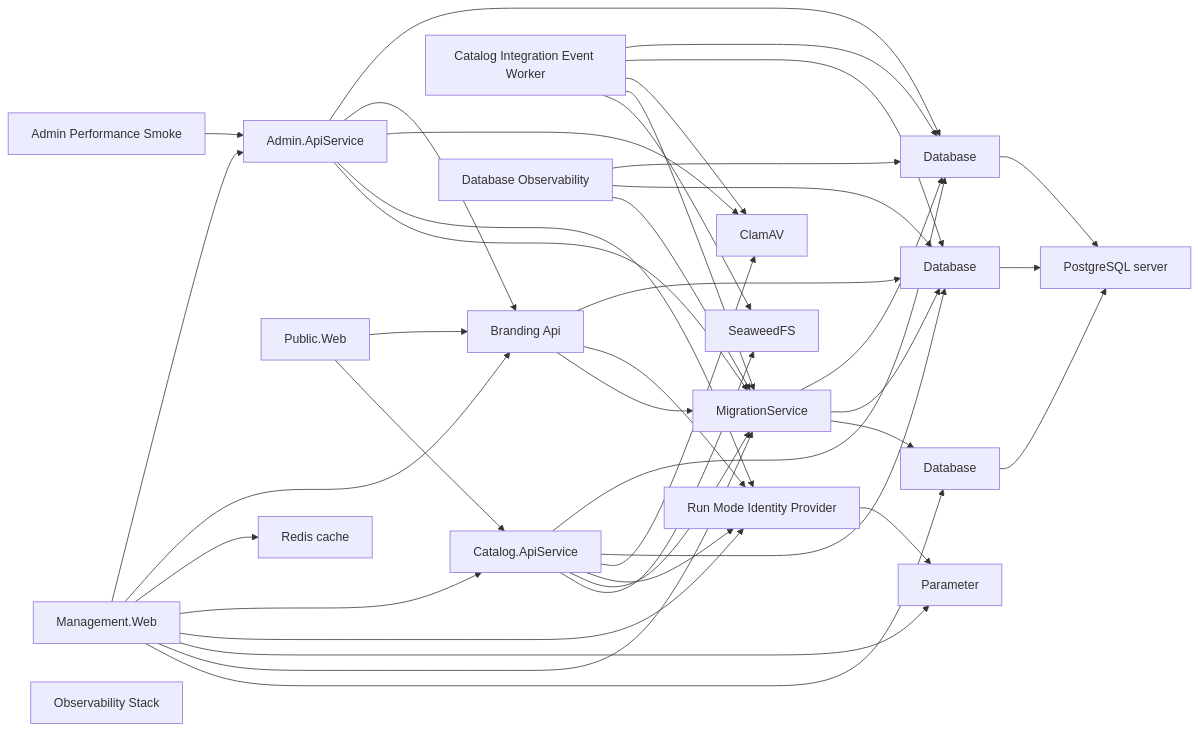
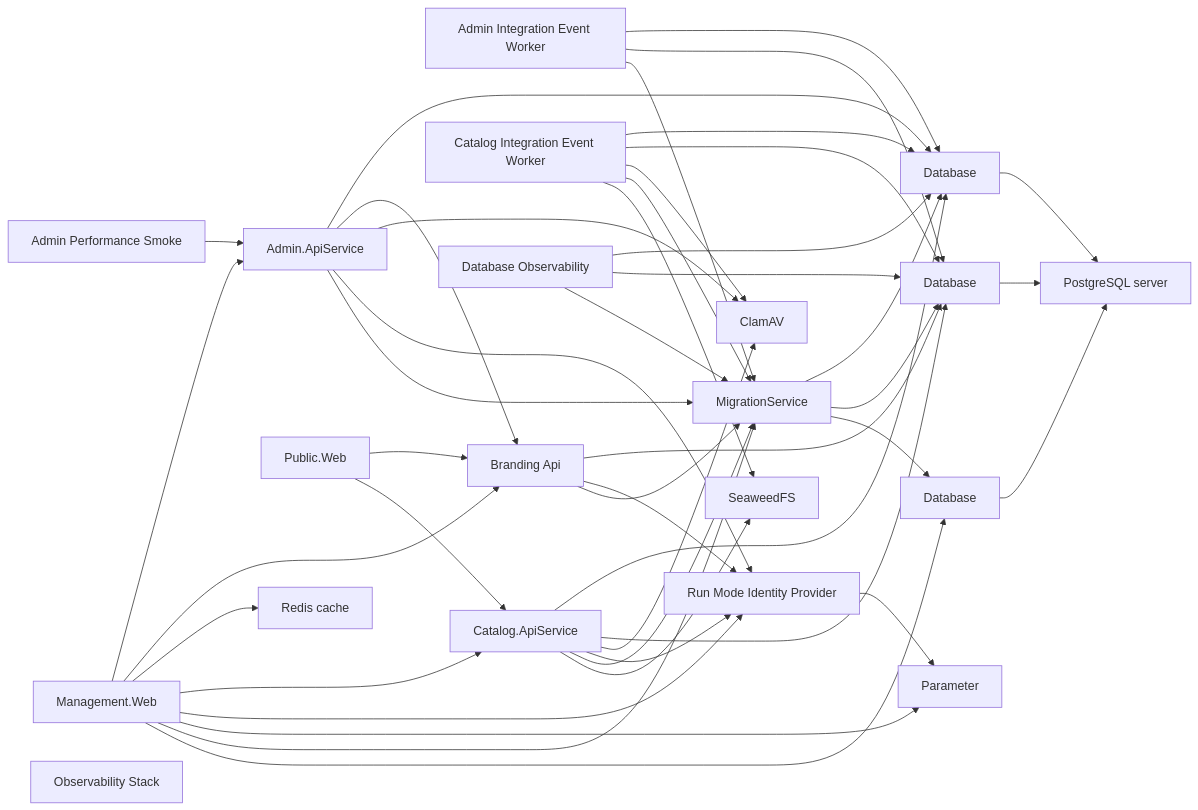
One commit to danigutsch/ViajantesTurismo changed the diagram in docs/architecture/runtime-wiring-and-deployment.md. Above: the diagram before and after it, drawn with Mermaid. The commit also changed other lines of this file and 59 other files, not shown here.

First line of the commit message:
feat(admin): project Branding revisions in an Admin-owned worker (#1244)

````diff
--- a/docs/architecture/runtime-wiring-and-deployment.md
+++ b/docs/architecture/runtime-wiring-and-deployment.md
@@ -21,62 +21,66 @@
 ```mermaid
 flowchart LR
+    AdminIntegrationEventWorker[Admin Integration Event Worker]
     AdminPerformanceSmoke[Admin Performance Smoke]
     apiService[Admin.ApiService]
     brandingApiService[Branding Api]
     CatalogIntegrationEventWorker[Catalog Integration Event Worker]
     catalogApiService[Catalog.ApiService]
     clamAv[ClamAV]
     adminDatabase[Database]
     catalogDatabase[Database]
     securityDatabase[Database]
     DatabaseObservability[Database Observability]
     ManagementWeb[Management.Web]
     migrationService[MigrationService]
     ObservabilityStack[Observability Stack]
     managementWebClientSecret[Parameter]
     databaseServer[PostgreSQL server]
     PublicWeb[Public.Web]
     cache[Redis cache]
     identityProvider[Run Mode Identity Provider]
     seaweedFs[SeaweedFS]
+    AdminIntegrationEventWorker --> adminDatabase
+    AdminIntegrationEventWorker --> catalogDatabase
+    AdminIntegrationEventWorker --> migrationService
     AdminPerformanceSmoke --> apiService
     CatalogIntegrationEventWorker --> adminDatabase
     CatalogIntegrationEventWorker --> catalogDatabase
     CatalogIntegrationEventWorker --> clamAv
     CatalogIntegrationEventWorker --> migrationService
     CatalogIntegrationEventWorker --> seaweedFs
     DatabaseObservability --> adminDatabase
     DatabaseObservability --> catalogDatabase
     DatabaseObservability --> migrationService
     ManagementWeb --> apiService
     ManagementWeb --> brandingApiService
     ManagementWeb --> cache
     ManagementWeb --> catalogApiService
     ManagementWeb --> identityProvider
     ManagementWeb --> managementWebClientSecret
     ManagementWeb --> migrationService
     ManagementWeb --> securityDatabase
     PublicWeb --> brandingApiService
     PublicWeb --> catalogApiService
     adminDatabase --> databaseServer
     apiService --> adminDatabase
     apiService --> brandingApiService
     apiService --> clamAv
     apiService --> identityProvider
     apiService --> migrationService
     brandingApiService --> catalogDatabase
     brandingApiService --> identityProvider
     brandingApiService --> migrationService
     catalogApiService --> adminDatabase
     catalogApiService --> catalogDatabase
     catalogApiService --> clamAv
     catalogApiService --> identityProvider
     catalogApiService --> migrationService
     catalogApiService --> seaweedFs
     catalogDatabase --> databaseServer
     identityProvider --> managementWebClientSecret
     migrationService --> adminDatabase
     migrationService --> catalogDatabase
     migrationService --> securityDatabase
     securityDatabase --> databaseServer
 ```
````
